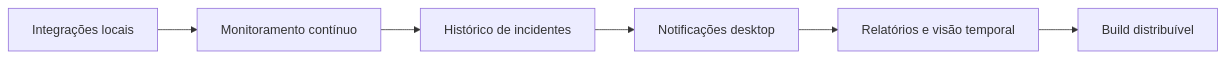
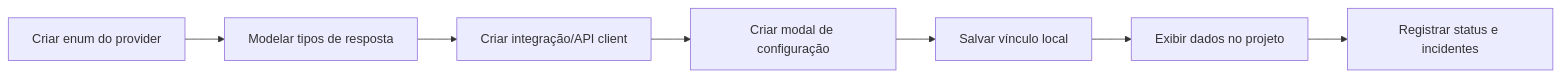
One commit to EnzoCaetano015/dashowboard changed the fifth of 6 diagrams in README.md. Above: the diagram before and after it, drawn with Mermaid. The commit also changed other lines of this file, not shown here.

````diff
--- a/README.md
+++ b/README.md
@@ -263,8 +336,9 @@
 ```mermaid
 flowchart LR
-    A[Integrações locais] --> B[Monitoramento contínuo]
-    B --> C[Histórico de incidentes]
-    C --> D[Notificações desktop]
-    D --> E[Relatórios e visão temporal]
-    E --> F[Build distribuível]
+    A[Criar enum do provider] --> B[Modelar tipos de resposta]
+    B --> C[Criar integração/API client]
+    C --> D[Criar modal de configuração]
+    D --> E[Salvar vínculo local]
+    E --> F[Exibir dados no projeto]
+    F --> G[Registrar status e incidentes]
 ```
````
